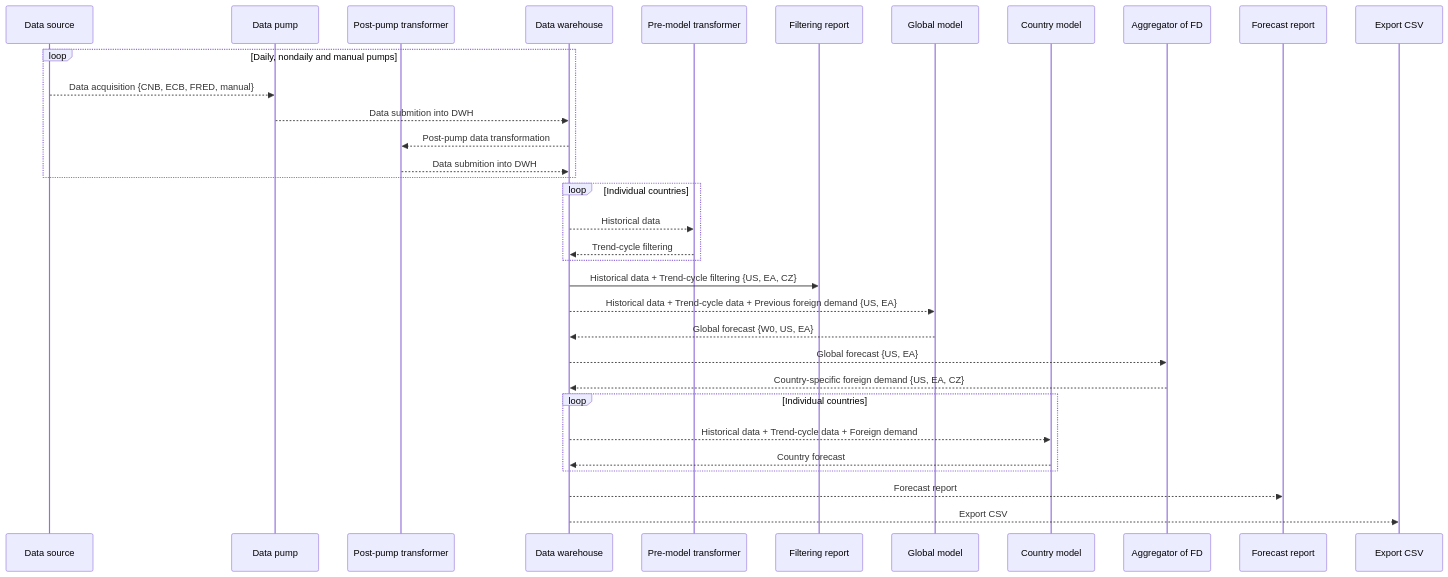
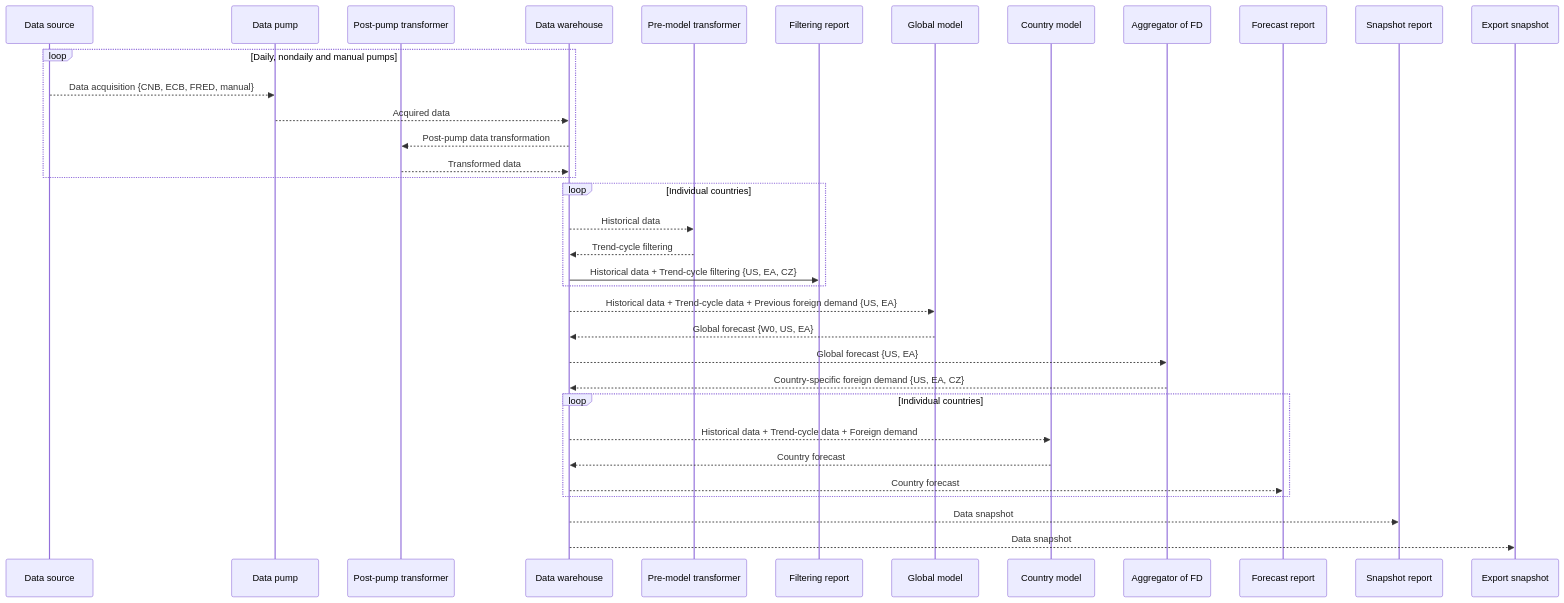
The diagram in big-picture-forecast.md (OGR-EIU/docs-workflows), drawn with Mermaid before and after one commit. The commit also changed other lines of this file, not shown here.

````diff
--- a/big-picture-forecast.md
+++ b/big-picture-forecast.md
@@ -4,43 +3,43 @@
 ```mermaid
 sequenceDiagram
 	participant SRC as Data source
 	participant PUMP as Data pump
 	participant TRAN as Post-pump transformer
 	participant DWH as Data warehouse
     participant PREM as Pre-model transformer
     participant FILR as Filtering report
     participant GLOB as Global model
     participant CTRY as Country model
     participant AGGR as Aggregator of FD
     participant FORR as Forecast report
-    participant CSVF as Export CSV
+    participant SNPR as Snapshot report
+    participant SNPF as Export snapshot
 
     loop Daily, nondaily and manual pumps
         SRC -->> PUMP: Data acquisition {CNB, ECB, FRED, manual}
-        PUMP -->> DWH: Data submition into DWH
+        PUMP -->> DWH: Acquired data
         DWH -->> TRAN: Post-pump data transformation
-        TRAN -->> DWH: Data submition into DWH
+        TRAN -->> DWH: Transformed data
     end
 
     loop Individual countries
         DWH -->> PREM: Historical data
         PREM -->> DWH: Trend-cycle filtering
+        DWH ->> FILR: Historical data + Trend-cycle filtering {US, EA, CZ}
     end
-
-    DWH ->> FILR: Historical data + Trend-cycle filtering {US, EA, CZ}
 
     DWH -->> GLOB: Historical data + Trend-cycle data + Previous foreign demand {US, EA}
     GLOB -->> DWH: Global forecast {W0, US, EA}
 
     DWH -->> AGGR: Global forecast {US, EA}
     AGGR -->> DWH: Country-specific foreign demand {US, EA, CZ}
 
     loop Individual countries
         DWH -->> CTRY: Historical data + Trend-cycle data + Foreign demand
         CTRY -->> DWH: Country forecast
+        DWH -->> FORR: Country forecast
     end
 
-	DWH -->> FORR: Forecast report
-
-	DWH -->> CSVF: Export CSV
+	DWH -->> SNPR: Data snapshot
+	DWH -->> SNPF: Data snapshot
 ```
````
